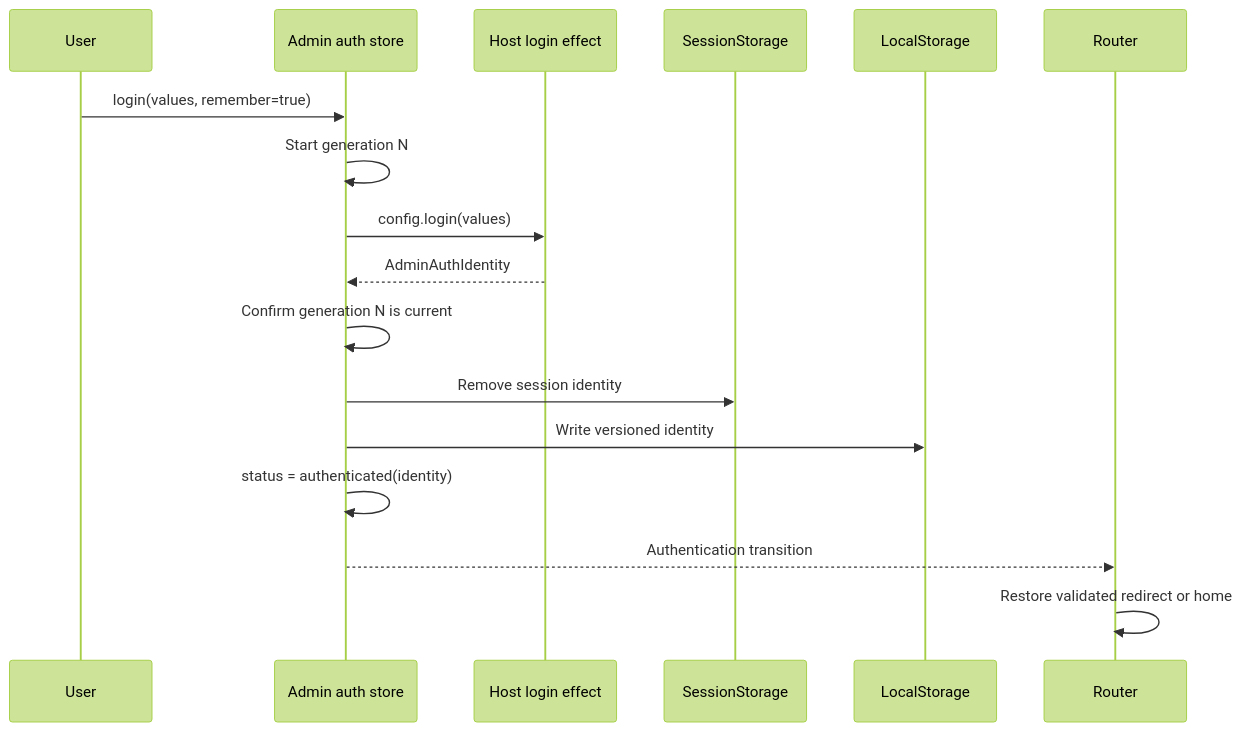
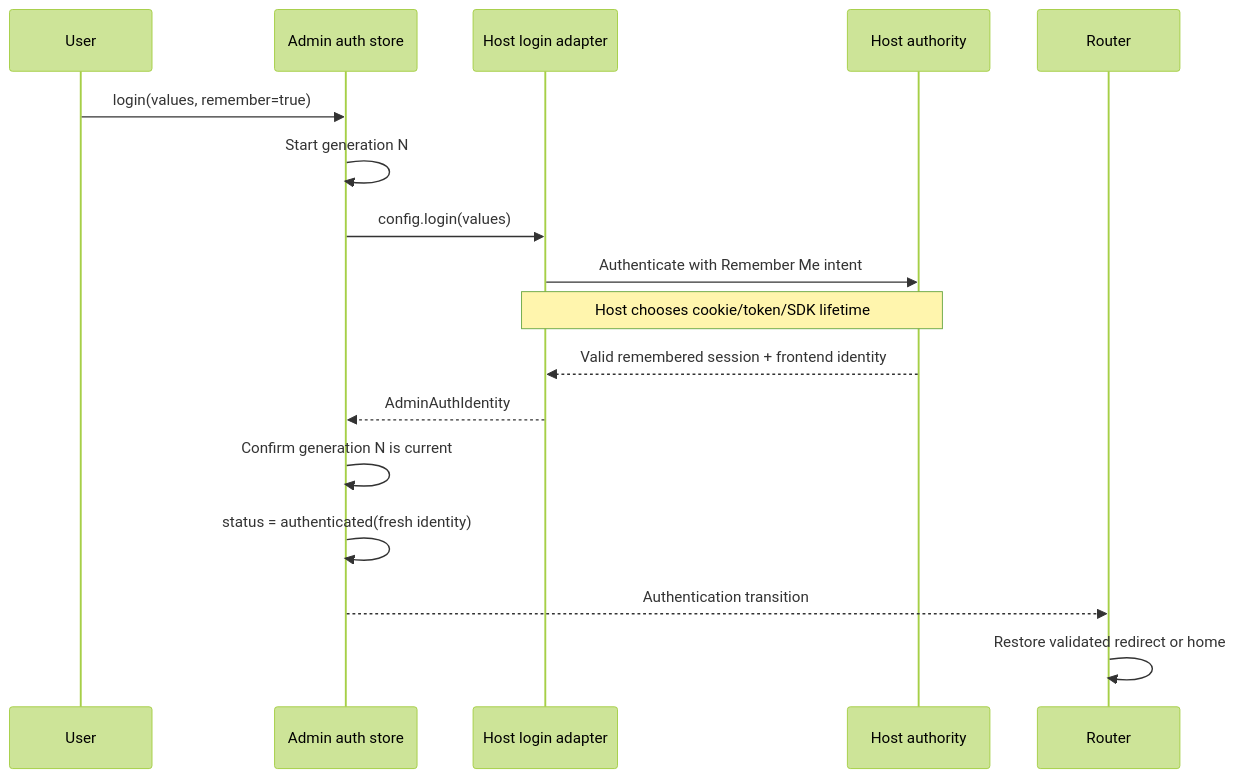
Before and after one commit to hechang27-sprt/noob-components-v2: the third of 19 diagrams in docs/admin-auth-restoration-data-flows.md, drawn with Mermaid (forest theme). The commit also changed other lines of this file and 15 other files, not shown here.

````diff
--- a/docs/admin-auth-restoration-data-flows.md
+++ b/docs/admin-auth-restoration-data-flows.md
@@ -105,20 +108,20 @@
 ```mermaid
 sequenceDiagram
     participant User
     participant Auth as Admin auth store
-    participant Host as Host login effect
-    participant SS as SessionStorage
-    participant LS as LocalStorage
+    participant Host as Host login adapter
+    participant Authority as Host authority
     participant Router
 
     User->>Auth: login(values, remember=true)
     Auth->>Auth: Start generation N
     Auth->>Host: config.login(values)
+    Host->>Authority: Authenticate with Remember Me intent
+    Note over Host,Authority: Host chooses cookie/token/SDK lifetime
+    Authority-->>Host: Valid remembered session + frontend identity
     Host-->>Auth: AdminAuthIdentity
     Auth->>Auth: Confirm generation N is current
-    Auth->>SS: Remove session identity
-    Auth->>LS: Write versioned identity
-    Auth->>Auth: status = authenticated(identity)
+    Auth->>Auth: status = authenticated(fresh identity)
     Auth-->>Router: Authentication transition
     Router->>Router: Restore validated redirect or home
 ```
````
